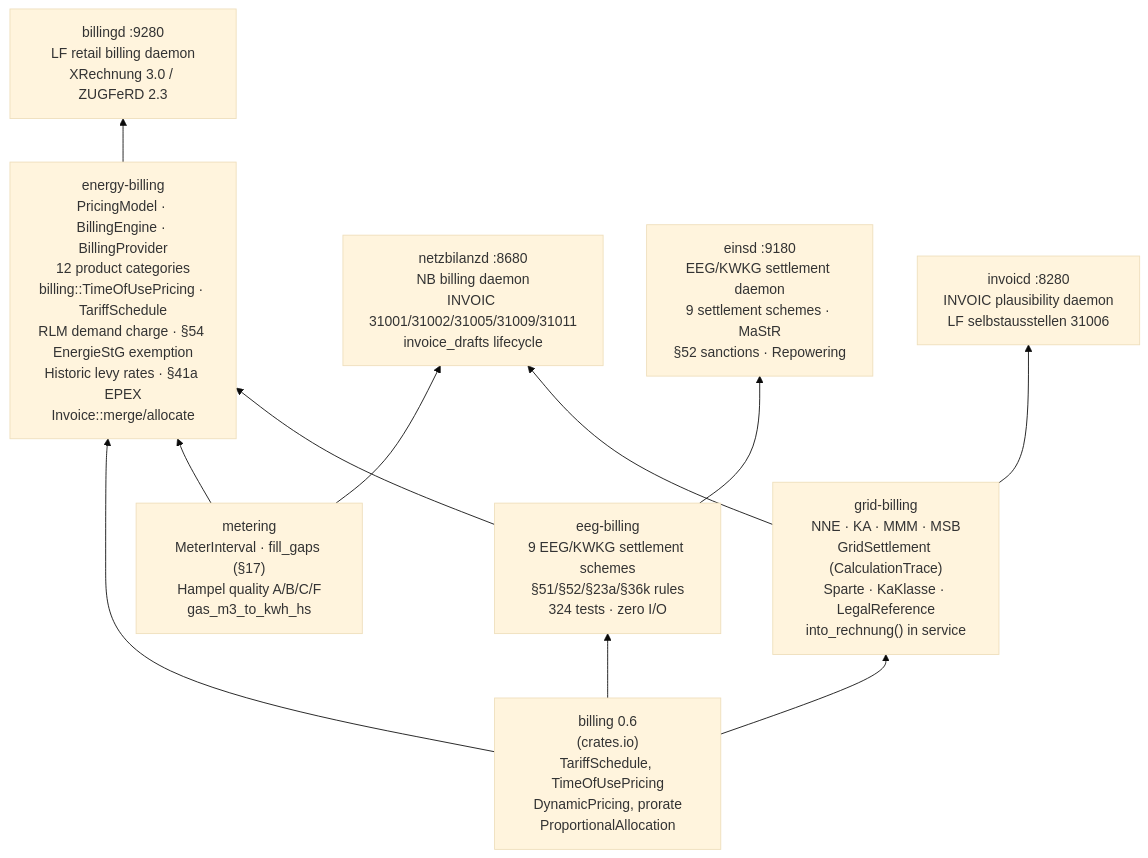
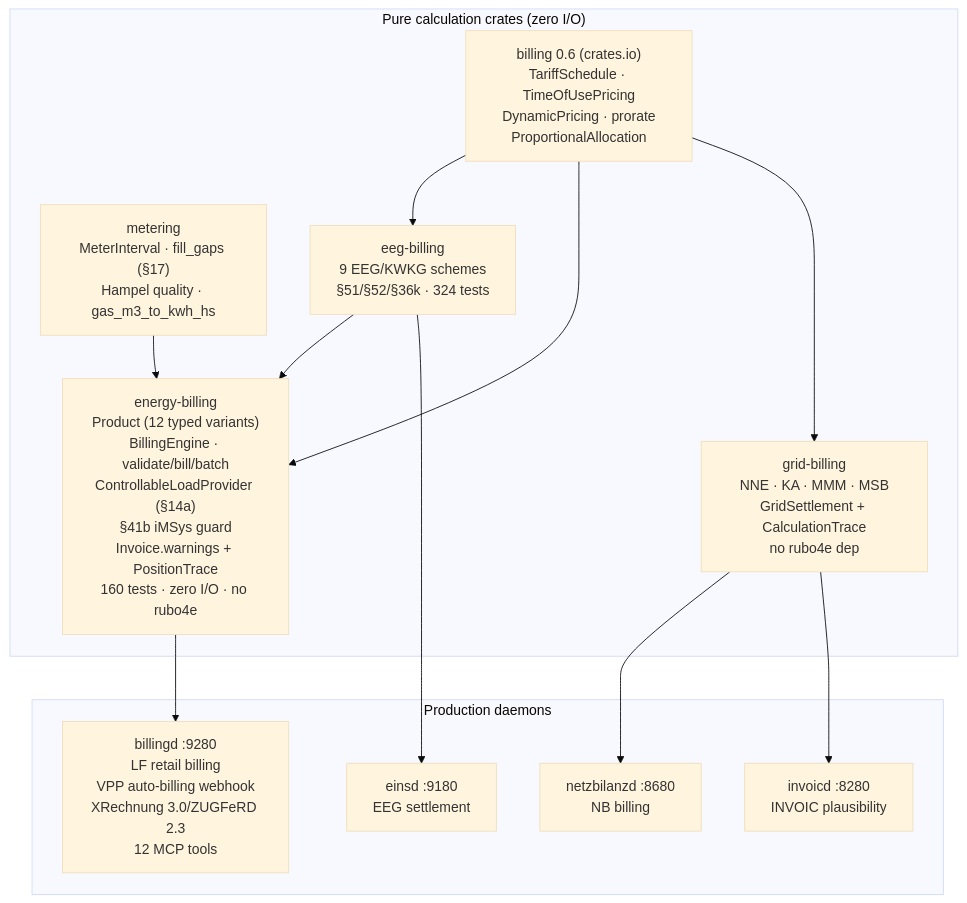
The second of 4 diagrams in docs/architecture.md (hupe1980/mako), drawn with Mermaid (base theme) before and after one commit. The commit also changed other lines of this file and 143 other files, not shown here.

````diff
--- a/docs/architecture.md
+++ b/docs/architecture.md
@@ -233,31 +233,27 @@
 ```mermaid
-graph BT
-    billing["billing 0.6\n(crates.io)\nTariffSchedule, TimeOfUsePricing\nDynamicPricing, prorate\nProportionalAllocation"]
+graph TD
+    subgraph pure ["Pure calculation crates (zero I/O)"]
+        billing["billing 0.6 (crates.io)\nTariffSchedule · TimeOfUsePricing\nDynamicPricing · prorate\nProportionalAllocation"]
+        metering["metering\nMeterInterval · fill_gaps (§17)\nHampel quality · gas_m3_to_kwh_hs"]
+        eeg["eeg-billing\n9 EEG/KWKG schemes\n§51/§52/§36k · 324 tests"]
+        grid["grid-billing\nNNE · KA · MMM · MSB\nGridSettlement + CalculationTrace\nno rubo4e dep"]
+        energy["energy-billing\nProduct (12 typed variants)\nBillingEngine · validate/bill/batch\nControllableLoadProvider (§14a)\n§41b iMSys guard\nInvoice.warnings + PositionTrace\n160 tests · zero I/O · no rubo4e"]
+    end
 
-    metering["metering\nMeterInterval · fill_gaps (§17)\nHampel quality A/B/C/F\ngas_m3_to_kwh_hs"]
-
-    eeg["eeg-billing\n9 EEG/KWKG settlement schemes\n§51/§52/§23a/§36k rules\n324 tests · zero I/O"]
-
-    grid["grid-billing\nNNE · KA · MMM · MSB\nGridSettlement (CalculationTrace)\nSparte · KaKlasse · LegalReference\ninto_rechnung() in service"]
-
-    energy["energy-billing\nPricingModel · BillingEngine · BillingProvider\n12 product categories\nbilling::TimeOfUsePricing · TariffSchedule\nRLM demand charge · §54 EnergieStG exemption\nHistoric levy rates · §41a EPEX\nInvoice::merge/allocate"]
-
-    netzbilanzd["netzbilanzd :8680\nNB billing daemon\nINVOIC 31001/31002/31005/31009/31011\ninvoice_drafts lifecycle"]
-
-    billingd["billingd :9280\nLF retail billing daemon\nXRechnung 3.0 / ZUGFeRD 2.3"]
-
-    einsd["einsd :9180\nEEG/KWKG settlement daemon\n9 settlement schemes · MaStR\n§52 sanctions · Repowering"]
-
-    invoicd["invoicd :8280\nINVOIC plausibility daemon\nLF selbstausstellen 31006"]
+    subgraph daemons ["Production daemons"]
+        netzbilanzd["netzbilanzd :8680\nNB billing"]
+        einsd["einsd :9180\nEEG settlement"]
+        billingd["billingd :9280\nLF retail billing\nVPP auto-billing webhook\nXRechnung 3.0/ZUGFeRD 2.3\n12 MCP tools"]
+        invoicd["invoicd :8280\nINVOIC plausibility"]
+    end
 
     billing --> eeg
     billing --> energy
     billing --> grid
     metering --> energy
-    metering --> netzbilanzd
     eeg --> energy
     eeg --> einsd
     grid --> netzbilanzd
     grid --> invoicd
     energy --> billingd
 ```
````
